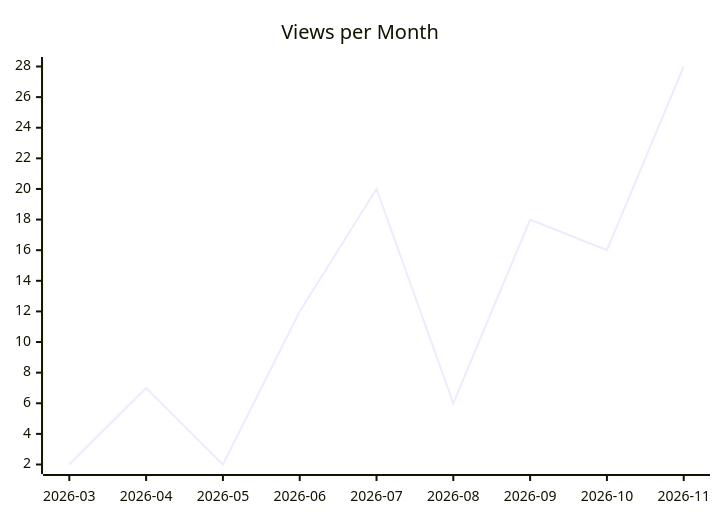
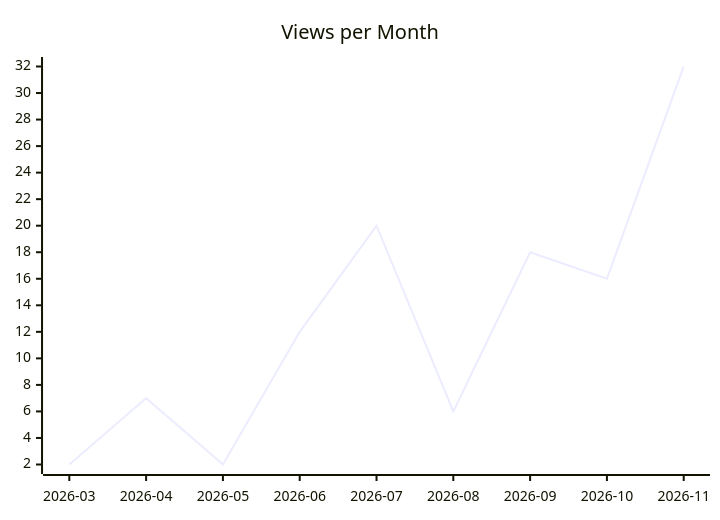
One commit to justdavis-family/github-analytics-data changed the second of 3 diagrams in karlmdavis/fhir-benchmarks/README.md. Above: the diagram before and after it, drawn with Mermaid. The commit also changed other lines of this file and 193 other files, not shown here.

````diff
--- a/karlmdavis/fhir-benchmarks/README.md
+++ b/karlmdavis/fhir-benchmarks/README.md
@@ -12,6 +12,6 @@
 ```mermaid
 xychart-beta
   title "Views per Month"
   x-axis ["2026-03", "2026-04", "2026-05", "2026-06", "2026-07", "2026-08", "2026-09", "2026-10", "2026-11"]
-  line [2, 7, 2, 12, 20, 6, 18, 16, 28]
+  line [2, 7, 2, 12, 20, 6, 18, 16, 32]
 ```
````
